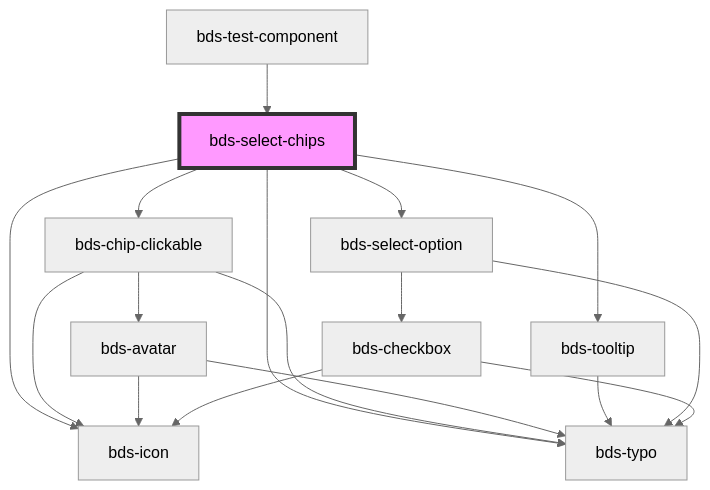
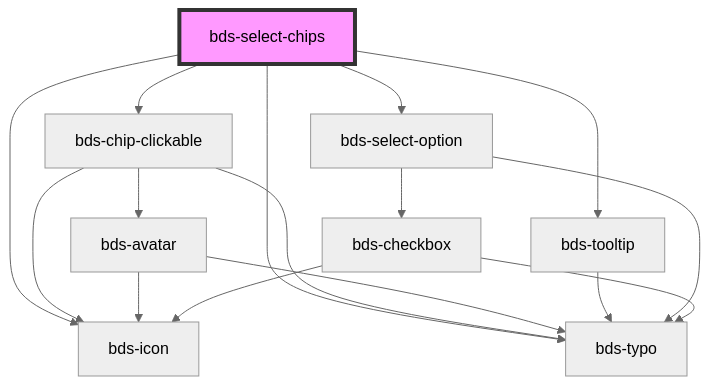
The diagram in src/components/selects/select-chips/readme.md (takenet/blip-ds), drawn with Mermaid (neutral theme) before and after one commit. The commit also changed other lines of this file and 10 other files, not shown here.

Commit message:
fix(select-chips): fixing select-events and height of component

````diff
--- a/src/components/selects/select-chips/readme.md
+++ b/src/components/selects/select-chips/readme.md
@@ -135,20 +133,19 @@
 ```mermaid
 graph TD;
   bds-select-chips --> bds-chip-clickable
   bds-select-chips --> bds-tooltip
   bds-select-chips --> bds-icon
   bds-select-chips --> bds-typo
   bds-select-chips --> bds-select-option
   bds-chip-clickable --> bds-icon
   bds-chip-clickable --> bds-avatar
   bds-chip-clickable --> bds-typo
   bds-avatar --> bds-typo
   bds-avatar --> bds-icon
   bds-tooltip --> bds-typo
   bds-select-option --> bds-typo
   bds-select-option --> bds-checkbox
   bds-checkbox --> bds-icon
   bds-checkbox --> bds-typo
-  bds-test-component --> bds-select-chips
   style bds-select-chips fill:#f9f,stroke:#333,stroke-width:4px
 ```
````
